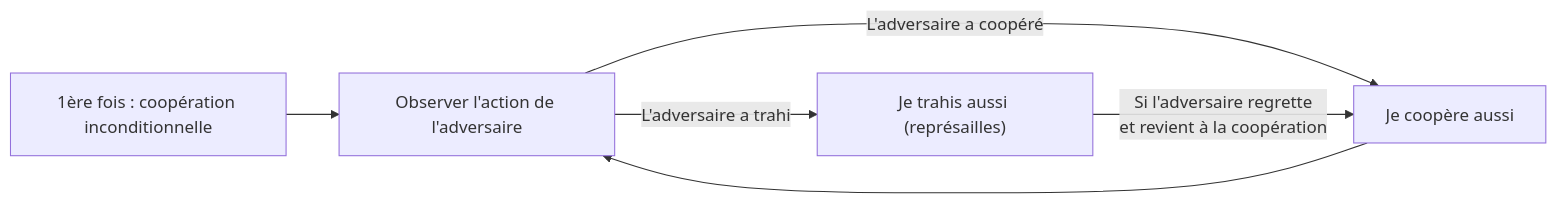
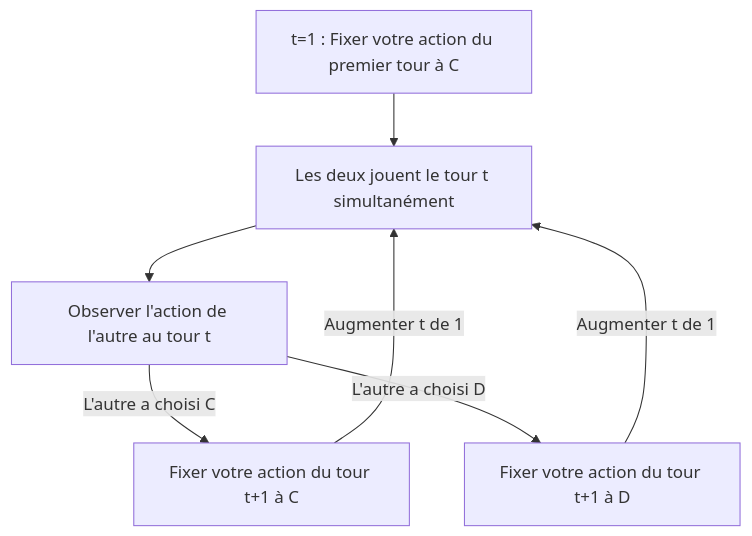
Before and after one commit to kenjinote/blog: the second of 2 diagrams in content/post/囚人のジレンマ/index.fr.md, drawn with Mermaid. The commit also changed other lines of this file and 9 other files, not shown here.

````diff
--- a/content/post/囚人のジレンマ/index.fr.md
+++ b/content/post/囚人のジレンマ/index.fr.md
@@ -132,10 +133,9 @@
 ```mermaid
-graph LR
-    Start["1ère fois : coopération inconditionnelle"] --> Round2
-    
-    Round2["Observer l'action de l'adversaire"] -->|"L'adversaire a coopéré"| Act_Coop["Je coopère aussi"]
-    Round2 -->|"L'adversaire a trahi"| Act_Betray["Je trahis aussi (représailles)"]
-    
-    Act_Coop --> Round2
-    Act_Betray -->|"Si l'adversaire regrette<br>et revient à la coopération"| Act_Coop
+graph TD
+    Start["t=1 : Fixer votre action du premier tour à C"] --> Play["Les deux jouent le tour t simultanément"]
+    Play --> Observe["Observer l'action de l'autre au tour t"]
+    Observe -->|"L'autre a choisi C"| NextC["Fixer votre action du tour t+1 à C"]
+    Observe -->|"L'autre a choisi D"| NextD["Fixer votre action du tour t+1 à D"]
+    NextC -->|"Augmenter t de 1"| Play
+    NextD -->|"Augmenter t de 1"| Play
 ```
````
